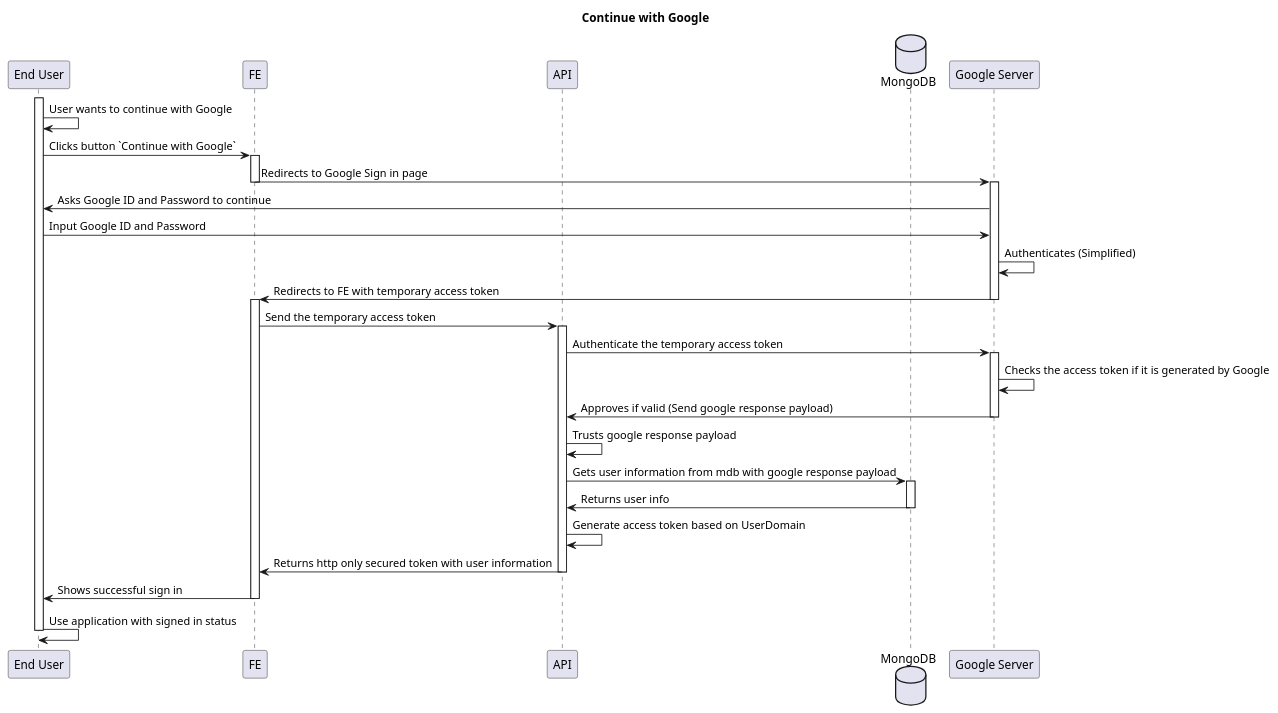
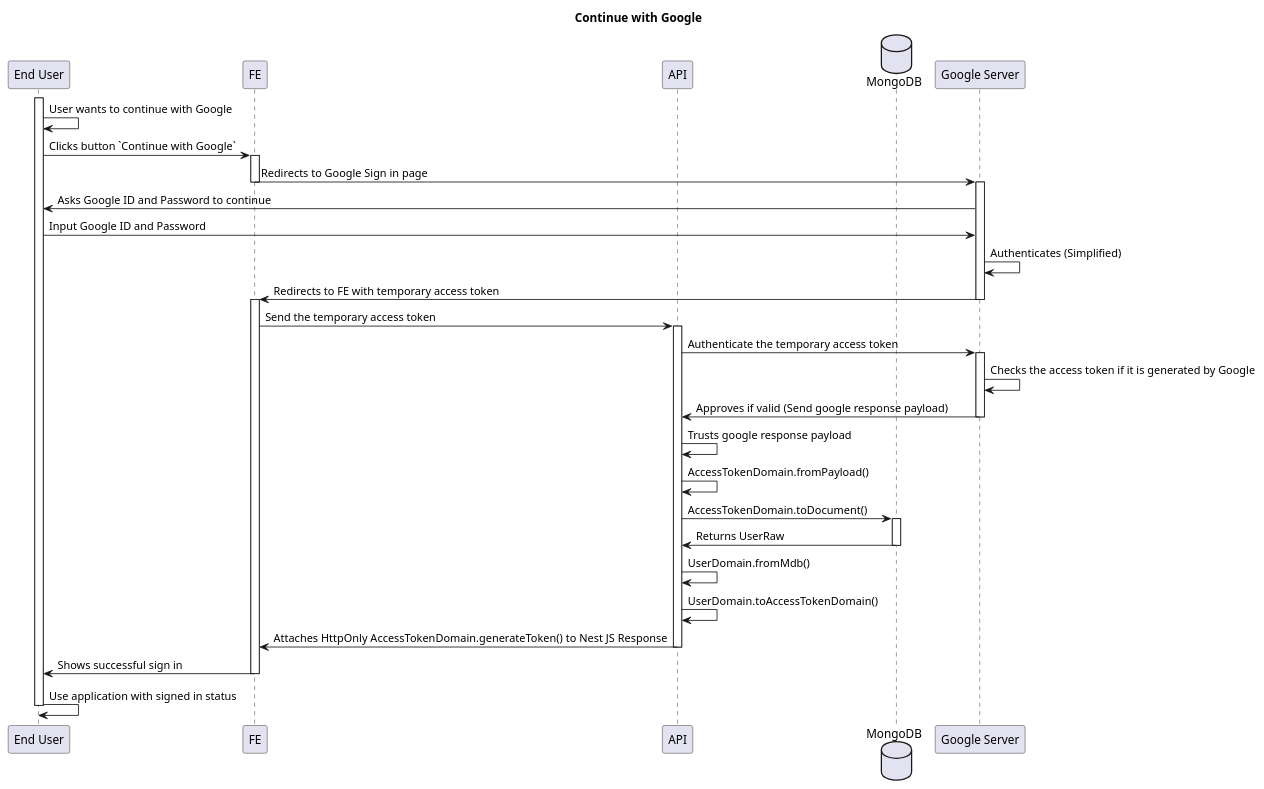
The diagram in auth/auth-flow.md (ajktown/docs), drawn with PlantUML before and after one commit.

Commit message:
feat: accepted flow

````diff
--- a/auth/auth-flow.md
+++ b/auth/auth-flow.md
@@ -14,47 +14,49 @@
 ```plantuml
 
 @startuml
 
 title Continue with Google
 
 participant "End User" as user
 participant "FE" as fe
 participant "API" as api
 database "MongoDB" as db
 participant "Google Server" as google
 
 activate user
   user -> user: User wants to continue with Google
   user -> fe: Clicks button `Continue with Google`
   activate fe
     fe -> google: Redirects to Google Sign in page
   deactivate fe
   activate google
     user <- google: Asks Google ID and Password to continue
     user -> google: Input Google ID and Password
     google -> google: Authenticates (Simplified)
     fe <- google: Redirects to FE with temporary access token
   deactivate google
   activate fe
     fe -> api: Send the temporary access token
     activate api
       api -> google: Authenticate the temporary access token
       activate google
         google -> google: Checks the access token if it is generated by Google
         api <- google: Approves if valid (Send google response payload)
       deactivate google
       api -> api: Trusts google response payload
-      api -> db: Gets user information from mdb with google response payload
+      api -> api: AccessTokenDomain.fromPayload()
+      api -> db: AccessTokenDomain.toDocument()
       activate db
-        api <- db: Returns user info
+        api <- db: Returns UserRaw
       deactivate db
-      api -> api: Generate access token based on UserDomain
-      fe <- api: Returns http only secured token with user information
+      api -> api: UserDomain.fromMdb()
+      api -> api: UserDomain.toAccessTokenDomain()
+      fe <- api: Attaches HttpOnly AccessTokenDomain.generateToken() to Nest JS Response
     deactivate api
     user <- fe: Shows successful sign in
   deactivate fe
   user -> user: Use application with signed in status
 deactivate user
 
 
 ```
````
